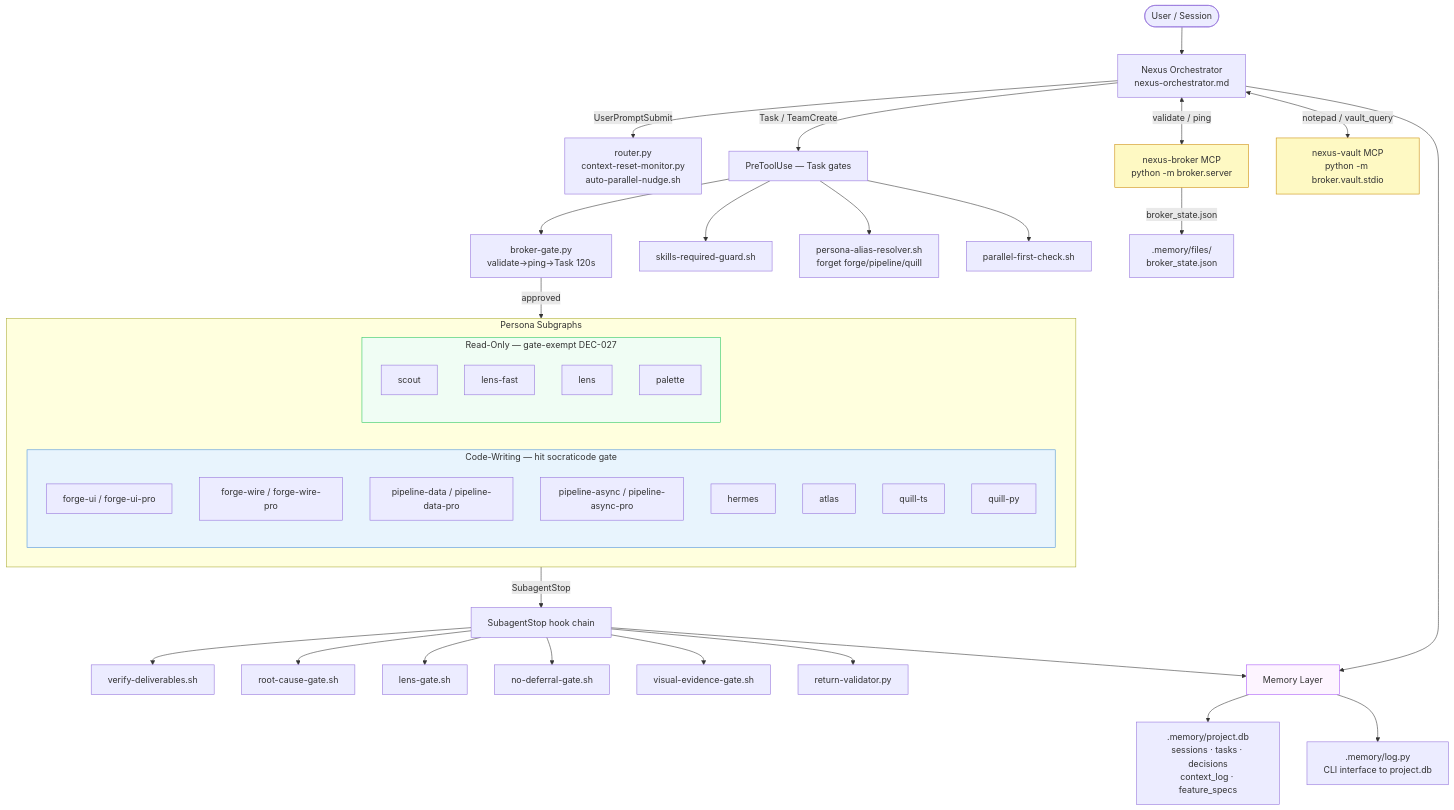
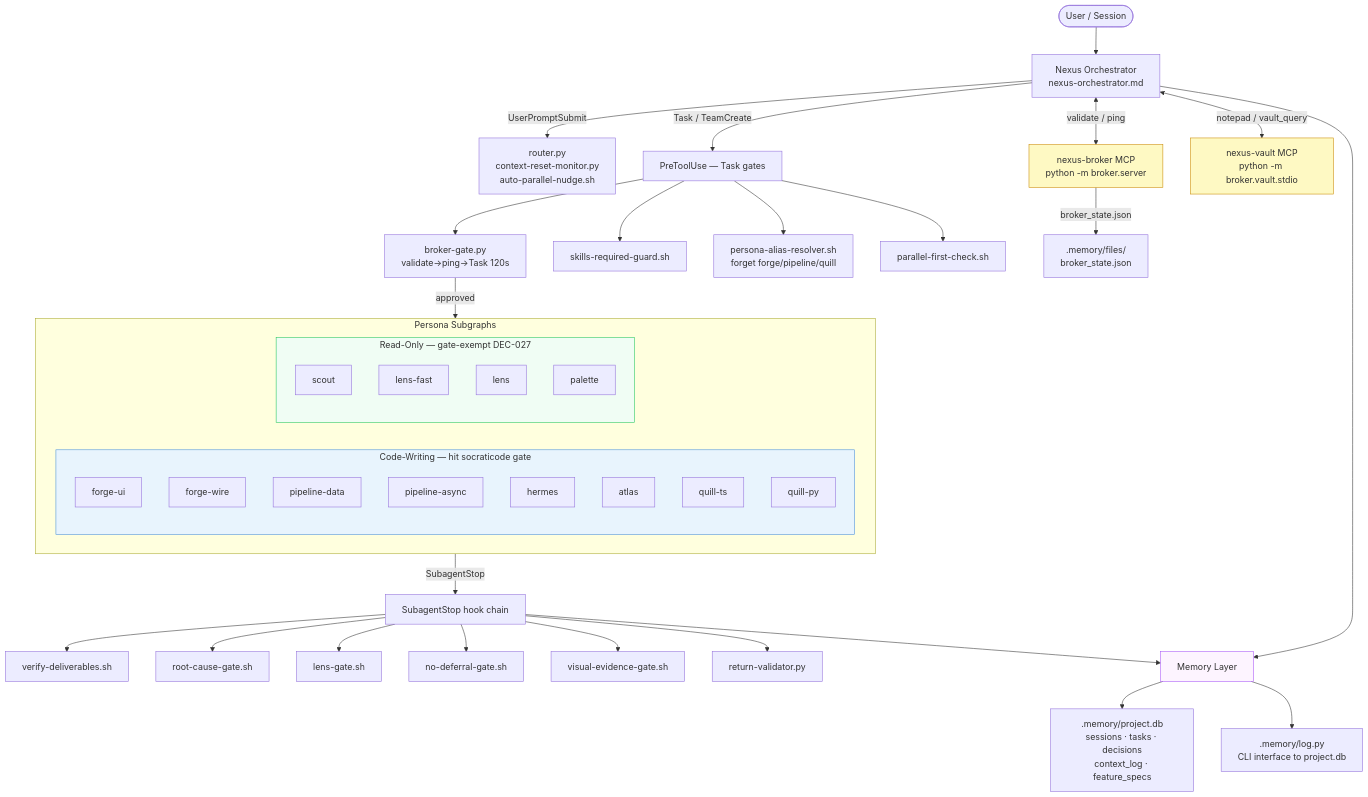
Before and after one commit to Jpk0512/nexus-task-tracker: the first of 3 diagrams in docs/NEXUS-OPERATING-MANUAL.md, drawn with Mermaid. The commit also changed other lines of this file and 391 other files, not shown here.

````diff
--- a/docs/NEXUS-OPERATING-MANUAL.md
+++ b/docs/NEXUS-OPERATING-MANUAL.md
@@ -13,58 +13,58 @@
 ```mermaid
 flowchart TD
     USER([User / Session]) --> NEXUS[Nexus Orchestrator\nnexus-orchestrator.md]
 
     NEXUS -->|UserPromptSubmit| UPS_HOOKS[router.py\ncontext-reset-monitor.py\nauto-parallel-nudge.sh]
 
     NEXUS -->|Task / TeamCreate| PRE_TASK[PreToolUse — Task gates]
     PRE_TASK --> BG[broker-gate.py\nvalidate→ping→Task 120s]
     PRE_TASK --> SRG[skills-required-guard.sh]
     PRE_TASK --> PAR[persona-alias-resolver.sh\nforget forge/pipeline/quill]
     PRE_TASK --> PFC[parallel-first-check.sh]
 
     BG -->|approved| PERSONAS
 
     subgraph PERSONAS[Persona Subgraphs]
         direction LR
         subgraph CODE_WRITING[Code-Writing — hit socraticode gate]
-            FU[forge-ui / forge-ui-pro]
-            FW[forge-wire / forge-wire-pro]
-            PD[pipeline-data / pipeline-data-pro]
-            PA[pipeline-async / pipeline-async-pro]
+            FU[forge-ui]
+            FW[forge-wire]
+            PD[pipeline-data]
+            PA[pipeline-async]
             HM[hermes]
             AT[atlas]
             QT[quill-ts]
             QP[quill-py]
         end
         subgraph READ_ONLY[Read-Only — gate-exempt DEC-027]
             SC[scout]
             LF[lens-fast]
             LN[lens]
             PL[palette]
         end
     end
 
     PERSONAS -->|SubagentStop| STOP_HOOKS[SubagentStop hook chain]
     STOP_HOOKS --> VD[verify-deliverables.sh]
     STOP_HOOKS --> RCG[root-cause-gate.sh]
     STOP_HOOKS --> LG[lens-gate.sh]
     STOP_HOOKS --> NDG[no-deferral-gate.sh]
     STOP_HOOKS --> VEG[visual-evidence-gate.sh]
     STOP_HOOKS --> RV[return-validator.py]
 
     NEXUS <-->|validate / ping| BROKER[nexus-broker MCP\npython -m broker.server]
     BROKER -->|broker_state.json| STATE[.memory/files/\nbroker_state.json]
 
     NEXUS <-->|notepad / vault_query| VAULT[nexus-vault MCP\npython -m broker.vault.stdio]
 
     STOP_HOOKS --> MEM[Memory Layer]
     NEXUS --> MEM
     MEM --> DB[.memory/project.db\nsessions · tasks · decisions\ncontext_log · feature_specs]
     MEM --> LOGPY[.memory/log.py\nCLI interface to project.db]
 
     style CODE_WRITING fill:#e8f4fd,stroke:#4a90d9
     style READ_ONLY fill:#f0fdf4,stroke:#22c55e
     style BROKER fill:#fef9c3,stroke:#ca8a04
     style VAULT fill:#fef9c3,stroke:#ca8a04
     style MEM fill:#fdf4ff,stroke:#a855f7
 ```
````
